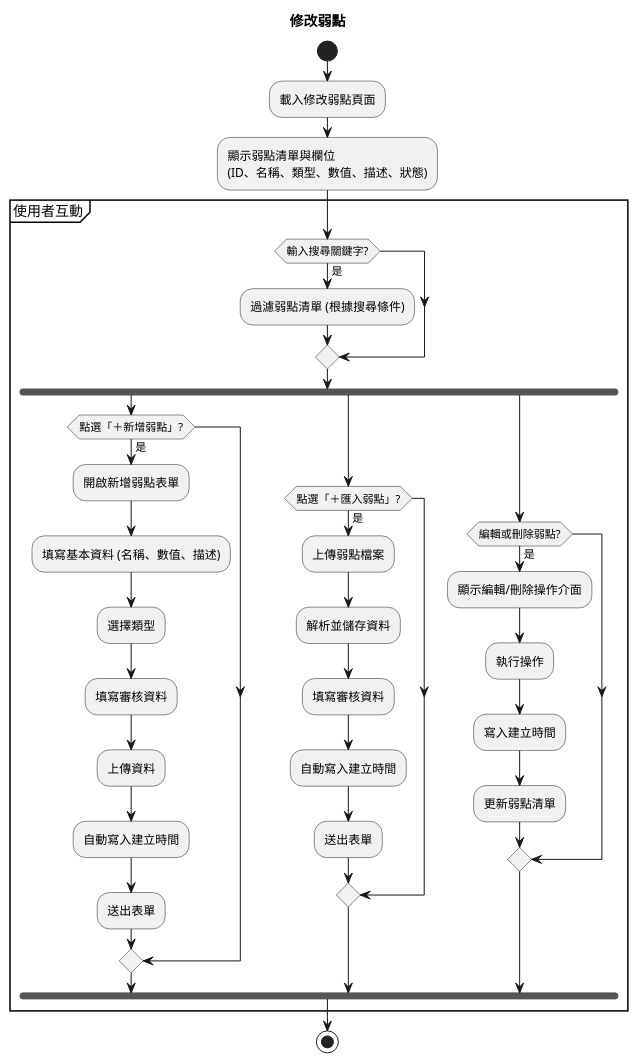
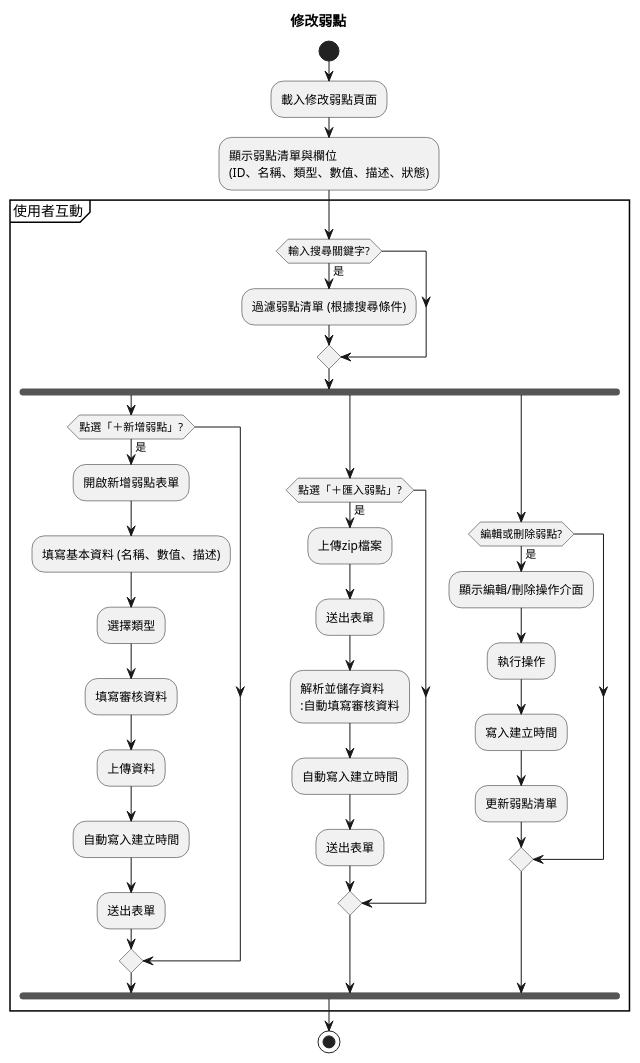
One commit to walle45611/NTUB_SecuManag_Diagram changed the diagram in plantUML/activity/vulnerability_edit.puml. Above: the diagram before and after it, drawn with PlantUML. The commit also changed 6 other files, not shown here.

```diff
--- a/plantUML/activity/vulnerability_edit.puml
+++ b/plantUML/activity/vulnerability_edit.puml
@@ -1,45 +1,46 @@
 @startuml edit_asset_activity
 title 修改弱點
 start
 
 :載入修改弱點頁面;
 
 :顯示弱點清單與欄位
 (ID、名稱、類型、數值、描述、狀態);
 
 partition "使用者互動" {
 
     if (輸入搜尋關鍵字?) then (是)
         :過濾弱點清單 (根據搜尋條件);
     endif
     fork
         if (點選「＋新增弱點」?) then (是)
             :開啟新增弱點表單;
             :填寫基本資料 (名稱、數值、描述);
             :選擇類型;
             :填寫審核資料;
             :上傳資料;
             :自動寫入建立時間;
             :送出表單;
         endif
     fork again
         if (點選「＋匯入弱點」?) then (是)
-            :上傳弱點檔案;
-            :解析並儲存資料;
-            :填寫審核資料;
+            :上傳zip檔案;
+            :送出表單;
+            :解析並儲存資料
+            :自動填寫審核資料;
             :自動寫入建立時間;
             :送出表單;
         endif
     fork again
         if (編輯或刪除弱點?) then (是)
             :顯示編輯/刪除操作介面;
             :執行操作;
             :寫入建立時間;
             :更新弱點清單;
         endif
     end fork
 }
 
 stop
 
 @enduml
```
